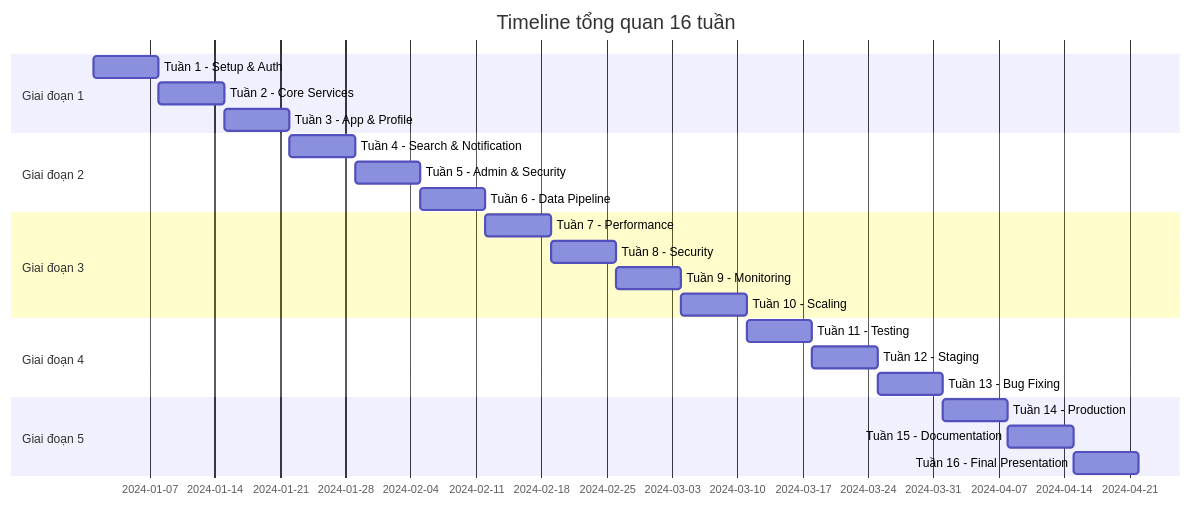
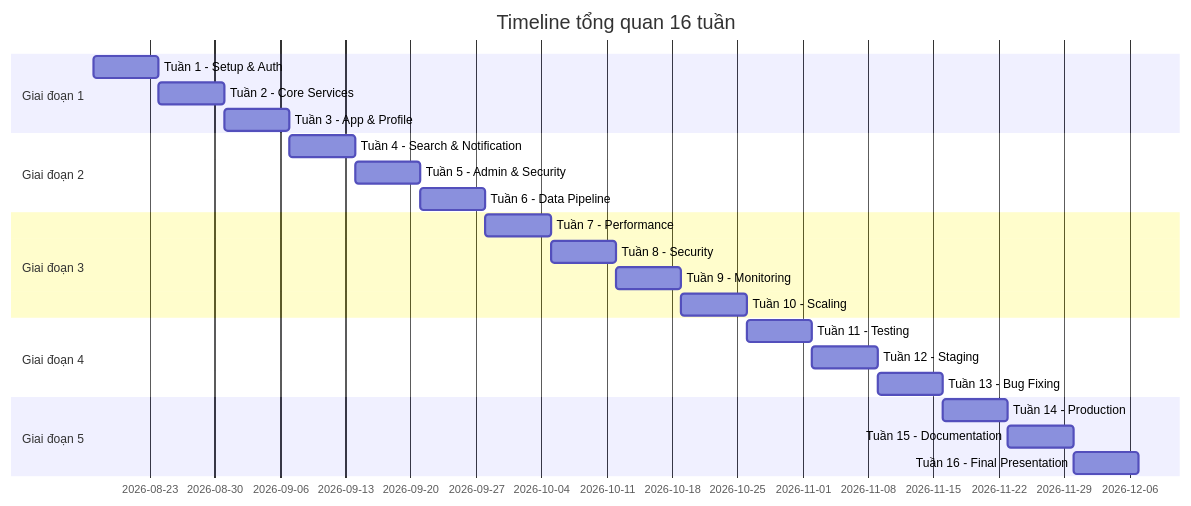
Diagram 21 of 23 in docs/plan-1-microservices.md (dut-pbl6-2026/job-platform-docs), drawn with Mermaid before and after one commit. The commit also changed other lines of this file and 1 other file, not shown here.

````diff
--- a/docs/plan-1-microservices.md
+++ b/docs/plan-1-microservices.md
@@ -1008,26 +1007,26 @@
 ```mermaid
 gantt
     title Timeline tổng quan 16 tuần
     dateFormat  YYYY-MM-DD
     section Giai đoạn 1
-    Tuần 1 - Setup & Auth           :a1, 2024-01-01, 7d
+    Tuần 1 - Setup & Auth           :a1, 2026-08-17, 7d
     Tuần 2 - Core Services          :a2, after a1, 7d
     Tuần 3 - App & Profile          :a3, after a2, 7d
     section Giai đoạn 2
     Tuần 4 - Search & Notification  :a4, after a3, 7d
     Tuần 5 - Admin & Security       :a5, after a4, 7d
     Tuần 6 - Data Pipeline          :a6, after a5, 7d
     section Giai đoạn 3
     Tuần 7 - Performance            :a7, after a6, 7d
     Tuần 8 - Security               :a8, after a7, 7d
     Tuần 9 - Monitoring             :a9, after a8, 7d
     Tuần 10 - Scaling               :a10, after a9, 7d
     section Giai đoạn 4
     Tuần 11 - Testing               :a11, after a10, 7d
     Tuần 12 - Staging               :a12, after a11, 7d
     Tuần 13 - Bug Fixing            :a13, after a12, 7d
     section Giai đoạn 5
     Tuần 14 - Production            :a14, after a13, 7d
     Tuần 15 - Documentation         :a15, after a14, 7d
     Tuần 16 - Final Presentation    :a16, after a15, 7d
 ```
````
